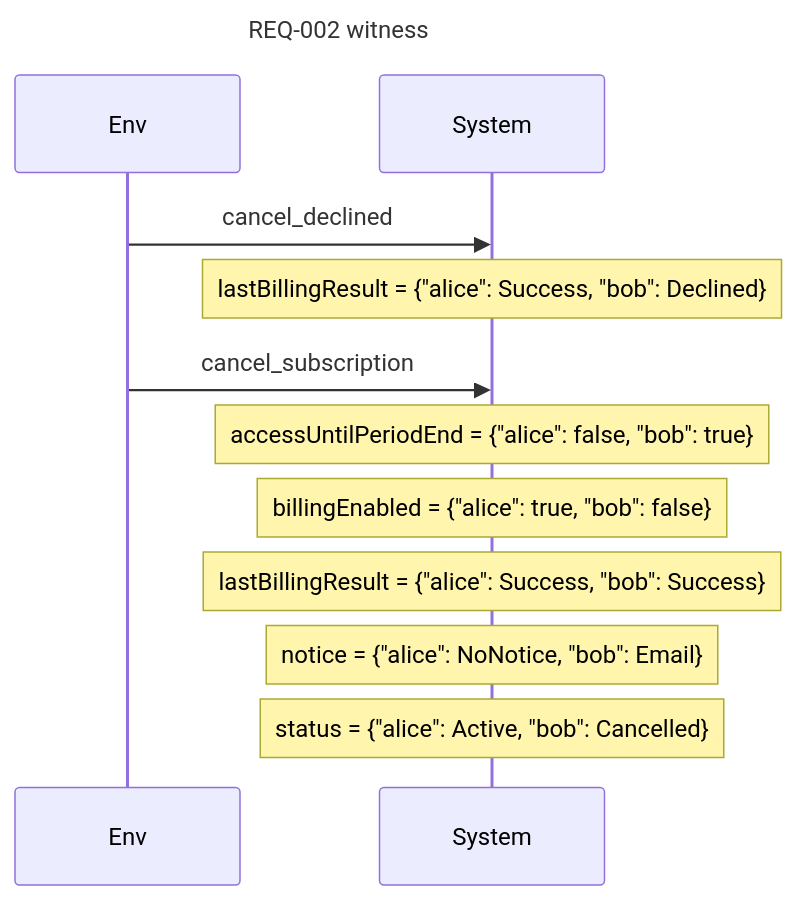
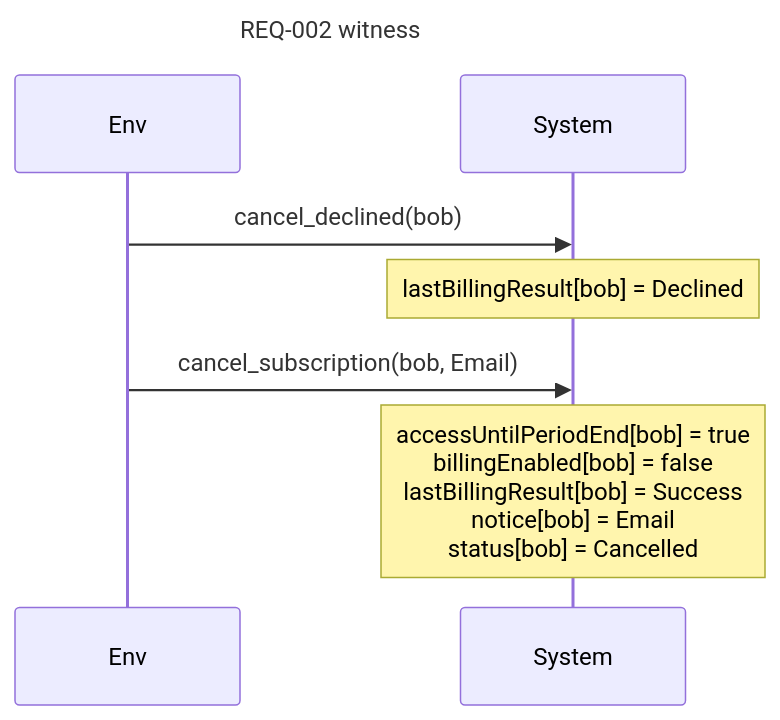
One commit to AlesKracik/quintessence changed the sixth of 10 diagrams in examples/specs/subscription.readback.md. Above: the diagram before and after it, drawn with Mermaid. The commit also changed other lines of this file and 17 other files, not shown here.

````diff
--- a/examples/specs/subscription.readback.md
+++ b/examples/specs/subscription.readback.md
@@ -329,14 +352,10 @@
 ```mermaid
 sequenceDiagram
     title REQ-002 witness
     participant E as Env
     participant S as System
-    E->>S: cancel_declined
-    Note over S: lastBillingResult = {"alice": Success, "bob": Declined}
-    E->>S: cancel_subscription
-    Note over S: accessUntilPeriodEnd = {"alice": false, "bob": true}
-    Note over S: billingEnabled = {"alice": true, "bob": false}
-    Note over S: lastBillingResult = {"alice": Success, "bob": Success}
-    Note over S: notice = {"alice": NoNotice, "bob": Email}
-    Note over S: status = {"alice": Active, "bob": Cancelled}
+    E->>S: cancel_declined(bob)
+    Note over S: lastBillingResult[bob] = Declined
+    E->>S: cancel_subscription(bob, Email)
+    Note over S: accessUntilPeriodEnd[bob] = true<br/>billingEnabled[bob] = false<br/>lastBillingResult[bob] = Success<br/>notice[bob] = Email<br/>status[bob] = Cancelled
 ```
````
